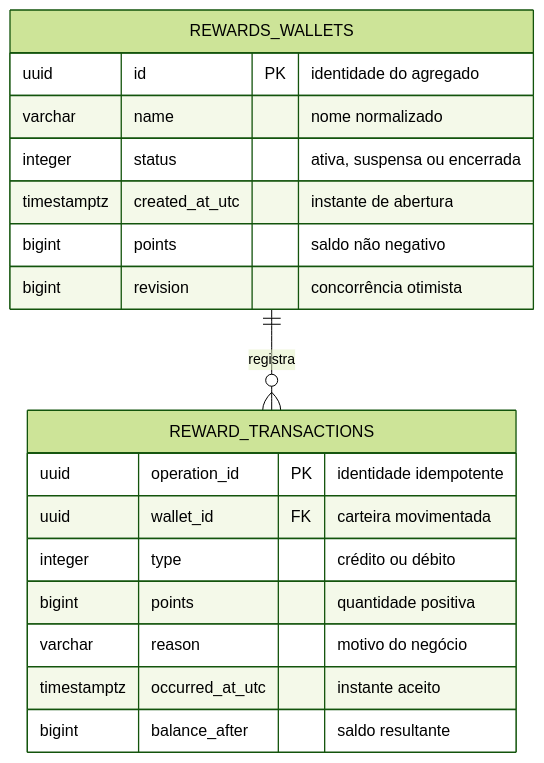
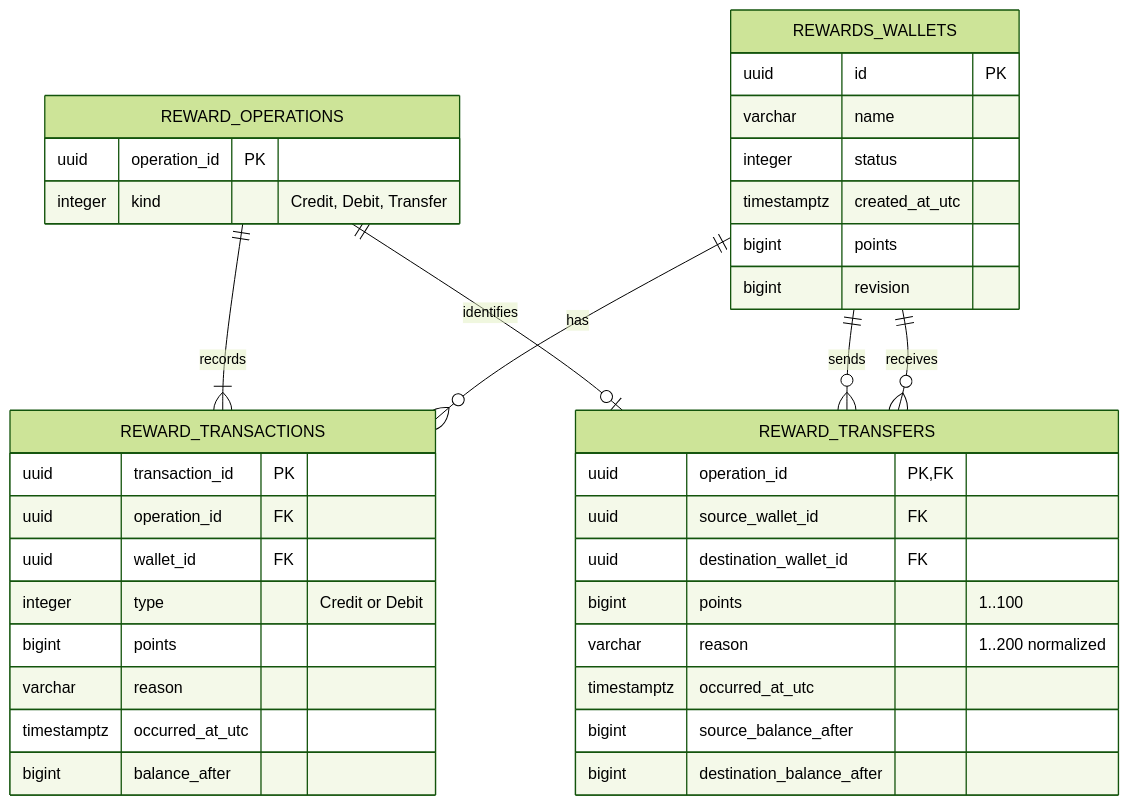
One commit to rfulgencio3/RewardFlow.SuppleDesign changed the fourth of 4 diagrams in README.pt-BR.md. Above: the diagram before and after it, drawn with Mermaid (forest theme). The commit also changed other lines of this file and 48 other files, not shown here.

First line of the commit message:
feat: add atomic wallet transfers with Supple Design examples (#18)

```diff
--- a/README.pt-BR.md
+++ b/README.pt-BR.md
@@ -488,21 +567,40 @@
 ~~~mermaid
 erDiagram
     REWARDS_WALLETS {
-        uuid id PK "identidade do agregado"
-        varchar name "nome normalizado"
-        integer status "ativa, suspensa ou encerrada"
-        timestamptz created_at_utc "instante de abertura"
-        bigint points "saldo não negativo"
-        bigint revision "concorrência otimista"
+        uuid id PK
+        varchar name
+        integer status
+        timestamptz created_at_utc
+        bigint points
+        bigint revision
+    }
+    REWARD_OPERATIONS {
+        uuid operation_id PK
+        integer kind "Credit, Debit, Transfer"
+    }
+    REWARD_TRANSFERS {
+        uuid operation_id PK,FK
+        uuid source_wallet_id FK
+        uuid destination_wallet_id FK
+        bigint points "1..100"
+        varchar reason "1..200 normalized"
+        timestamptz occurred_at_utc
+        bigint source_balance_after
+        bigint destination_balance_after
     }
     REWARD_TRANSACTIONS {
-        uuid operation_id PK "identidade idempotente"
-        uuid wallet_id FK "carteira movimentada"
-        integer type "crédito ou débito"
-        bigint points "quantidade positiva"
-        varchar reason "motivo do negócio"
-        timestamptz occurred_at_utc "instante aceito"
-        bigint balance_after "saldo resultante"
+        uuid transaction_id PK
+        uuid operation_id FK
+        uuid wallet_id FK
+        integer type "Credit or Debit"
+        bigint points
+        varchar reason
+        timestamptz occurred_at_utc
+        bigint balance_after
     }
-    REWARDS_WALLETS ||--o{ REWARD_TRANSACTIONS : registra
+    REWARD_OPERATIONS ||--o| REWARD_TRANSFERS : identifies
+    REWARD_OPERATIONS ||--|{ REWARD_TRANSACTIONS : records
+    REWARDS_WALLETS ||--o{ REWARD_TRANSACTIONS : has
+    REWARDS_WALLETS ||--o{ REWARD_TRANSFERS : sends
+    REWARDS_WALLETS ||--o{ REWARD_TRANSFERS : receives
 ~~~
```
